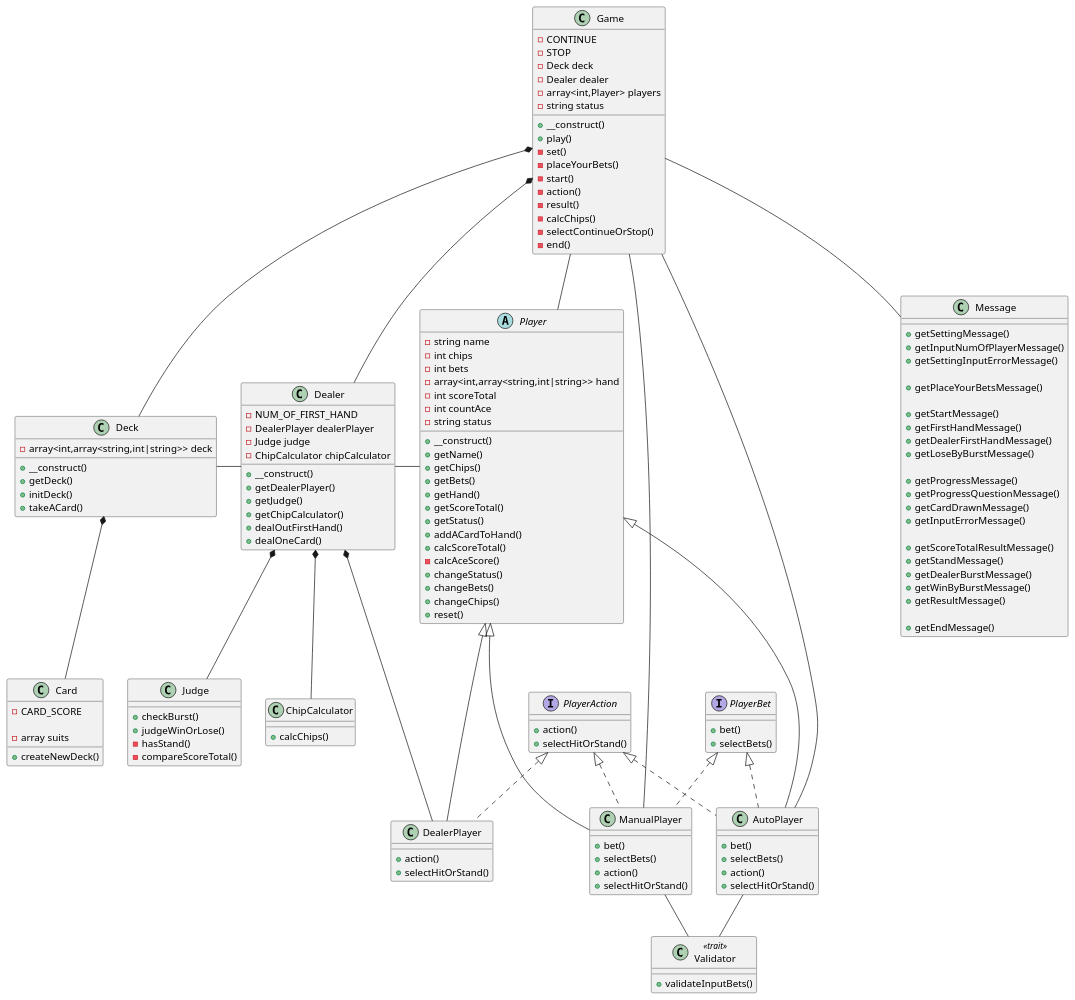
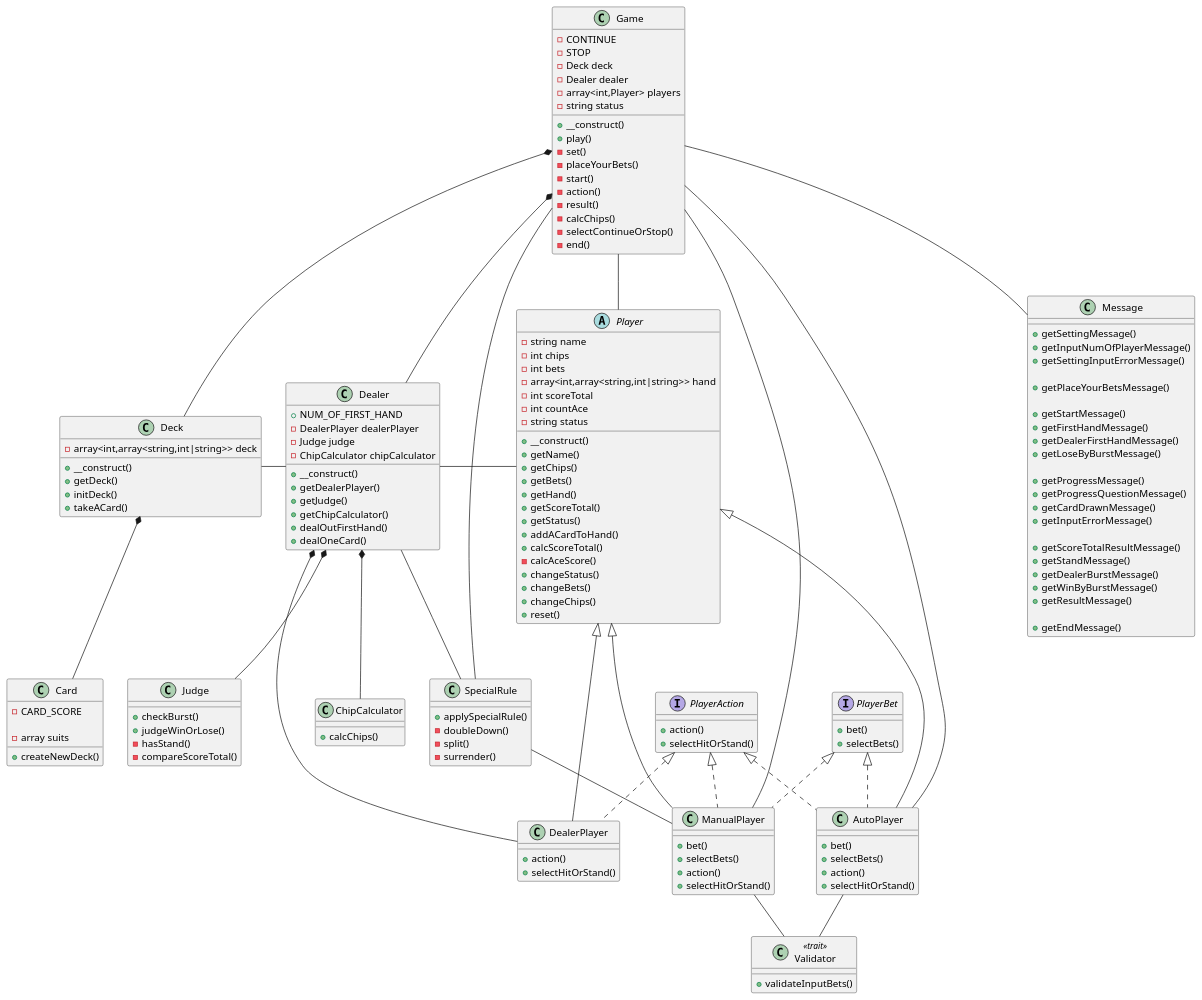
One commit to ryamate/php-oop-cli-blackjack changed the diagram in docs/class.plantuml. Above: the diagram before and after it, drawn with PlantUML. The commit also changed 9 other files, not shown here.

```diff
--- a/docs/class.plantuml
+++ b/docs/class.plantuml
@@ -1,171 +1,182 @@
 @startuml Blackjack
 
 class Game {
   -CONTINUE
   -STOP
   -Deck deck
   -Dealer dealer
   -array<int,Player> players
   -string status
 
   +__construct()
   +play()
   -set()
   -placeYourBets()
   -start()
   -action()
   -result()
   -calcChips()
   -selectContinueOrStop()
   -end()
 }
 
 class Deck {
   -array<int,array<string,int|string>> deck
 
   +__construct()
   +getDeck()
   +initDeck()
   +takeACard()
 }
 
 class Card {
   -CARD_SCORE
 
   -array suits
   +createNewDeck()
 }
 
 class Dealer {
-  -NUM_OF_FIRST_HAND
+  +NUM_OF_FIRST_HAND
   -DealerPlayer dealerPlayer
   -Judge judge
   -ChipCalculator chipCalculator
 
   +__construct()
   +getDealerPlayer()
   +getJudge()
   +getChipCalculator()
   +dealOutFirstHand()
   +dealOneCard()
 }
 
 class Judge {
   +checkBurst()
   +judgeWinOrLose()
   -hasStand()
   -compareScoreTotal()
 }
 
 class ChipCalculator {
   +calcChips()
+}
+
+class SpecialRule {
+  +applySpecialRule()
+  -doubleDown()
+  -split()
+  -surrender()
+
 }
 
 abstract Player {
   -string name
   -int chips
   -int bets
   -array<int,array<string,int|string>> hand
   -int scoreTotal
   -int countAce
   -string status
 
   +__construct()
   +getName()
   +getChips()
   +getBets()
   +getHand()
   +getScoreTotal()
   +getStatus()
   +addACardToHand()
   +calcScoreTotal()
   -calcAceScore()
   +changeStatus()
   +changeBets()
   +changeChips()
   +reset()
 }
 
 interface PlayerAction {
   +action()
   +selectHitOrStand()
 }
 
 interface PlayerBet {
   +bet()
   +selectBets()
 }
 
 class DealerPlayer {
   +action()
   +selectHitOrStand()
 }
 
 class ManualPlayer {
   +bet()
   +selectBets()
   +action()
   +selectHitOrStand()
 }
 
 class AutoPlayer {
   +bet()
   +selectBets()
   +action()
   +selectHitOrStand()
 }
 
 class Validator <<trait>> {
   +validateInputBets()
 }
 
 class Message {
   +getSettingMessage()
   +getInputNumOfPlayerMessage()
   +getSettingInputErrorMessage()
 
   +getPlaceYourBetsMessage()
 
   +getStartMessage()
   +getFirstHandMessage()
   +getDealerFirstHandMessage()
   +getLoseByBurstMessage()
 
   +getProgressMessage()
   +getProgressQuestionMessage()
   +getCardDrawnMessage()
   +getInputErrorMessage()
 
   +getScoreTotalResultMessage()
   +getStandMessage()
   +getDealerBurstMessage()
   +getWinByBurstMessage()
   +getResultMessage()
 
   +getEndMessage()
 }
 
 Game *-- Deck
 Deck *-- Card
 Game *-- Dealer
 Deck - Dealer
 Dealer - Player
 Dealer *-- Judge
 Dealer *-- ChipCalculator
+Dealer -- SpecialRule
+Game -- SpecialRule
+SpecialRule -- ManualPlayer
 Dealer *-- DealerPlayer
 Game -- Player
 Game --- ManualPlayer
 Game --- AutoPlayer
 Player <|--- DealerPlayer
 Player <|--- ManualPlayer
 Player <|--- AutoPlayer
 PlayerAction <|.. DealerPlayer
 PlayerAction <|.. ManualPlayer
 PlayerAction <|.. AutoPlayer
 PlayerBet <|.. ManualPlayer
 PlayerBet <|.. AutoPlayer
 ManualPlayer -- Validator
 AutoPlayer -- Validator
 Game -- Message
 
 @enduml
```
